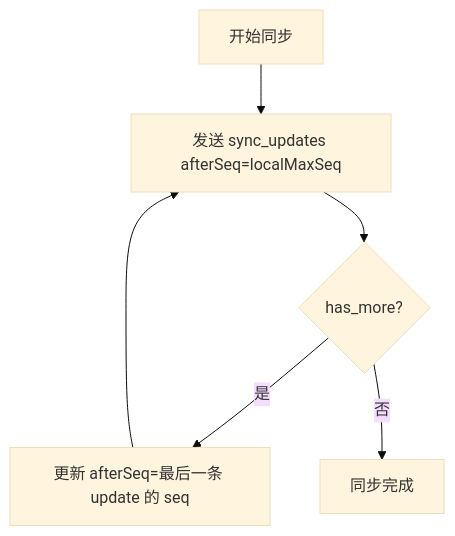
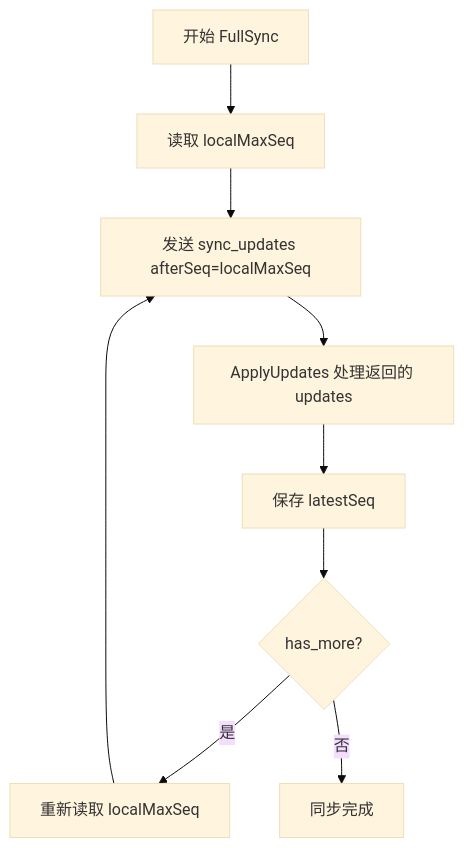
One commit to PineappleBond/xyncra-server changed the seventh of 12 diagrams in wiki/flows/sync-updates.md. Above: the diagram before and after it, drawn with Mermaid (base theme). The commit also changed other lines of this file and 21 other files, not shown here.

````diff
--- a/wiki/flows/sync-updates.md
+++ b/wiki/flows/sync-updates.md
@@ -239,8 +272,10 @@
 ```mermaid
 flowchart TD
-    A[开始同步] --> B[发送 sync_updates afterSeq=localMaxSeq]
-    B --> C{has_more?}
-    C -->|是| D[更新 afterSeq=最后一条 update 的 seq]
-    D --> B
-    C -->|否| E[同步完成]
+    A[开始 FullSync] --> B[读取 localMaxSeq]
+    B --> C[发送 sync_updates afterSeq=localMaxSeq]
+    C --> D[ApplyUpdates 处理返回的 updates]
+    D --> E[保存 latestSeq]
+    E --> F{has_more?}
+    F -->|是| G[重新读取 localMaxSeq] --> C
+    F -->|否| H[同步完成]
 ```
````
